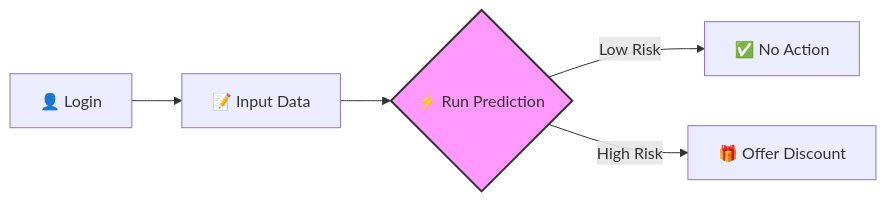
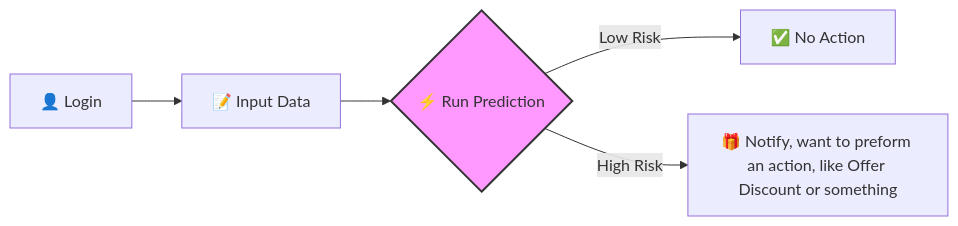
One commit to jay-teaching/group-project-cpp changed the diagram in docs/user-guide/dashboard.md. Above: the diagram before and after it, drawn with Mermaid.

Commit message:
docs: clarification

````diff
--- a/docs/user-guide/dashboard.md
+++ b/docs/user-guide/dashboard.md
@@ -8,8 +8,8 @@
 ```mermaid
 graph LR
     A[👤 Login] --> B[📝 Input Data]
     B --> C{⚡ Run Prediction}
     C -->|Low Risk| D[✅ No Action]
-    C -->|High Risk| E[🎁 Offer Discount]
+    C -->|High Risk| E[🎁 Notify, want to preform an action, like Offer Discount or something]
     style C fill:#f9f,stroke:#333,stroke-width:2px
 ```
````
